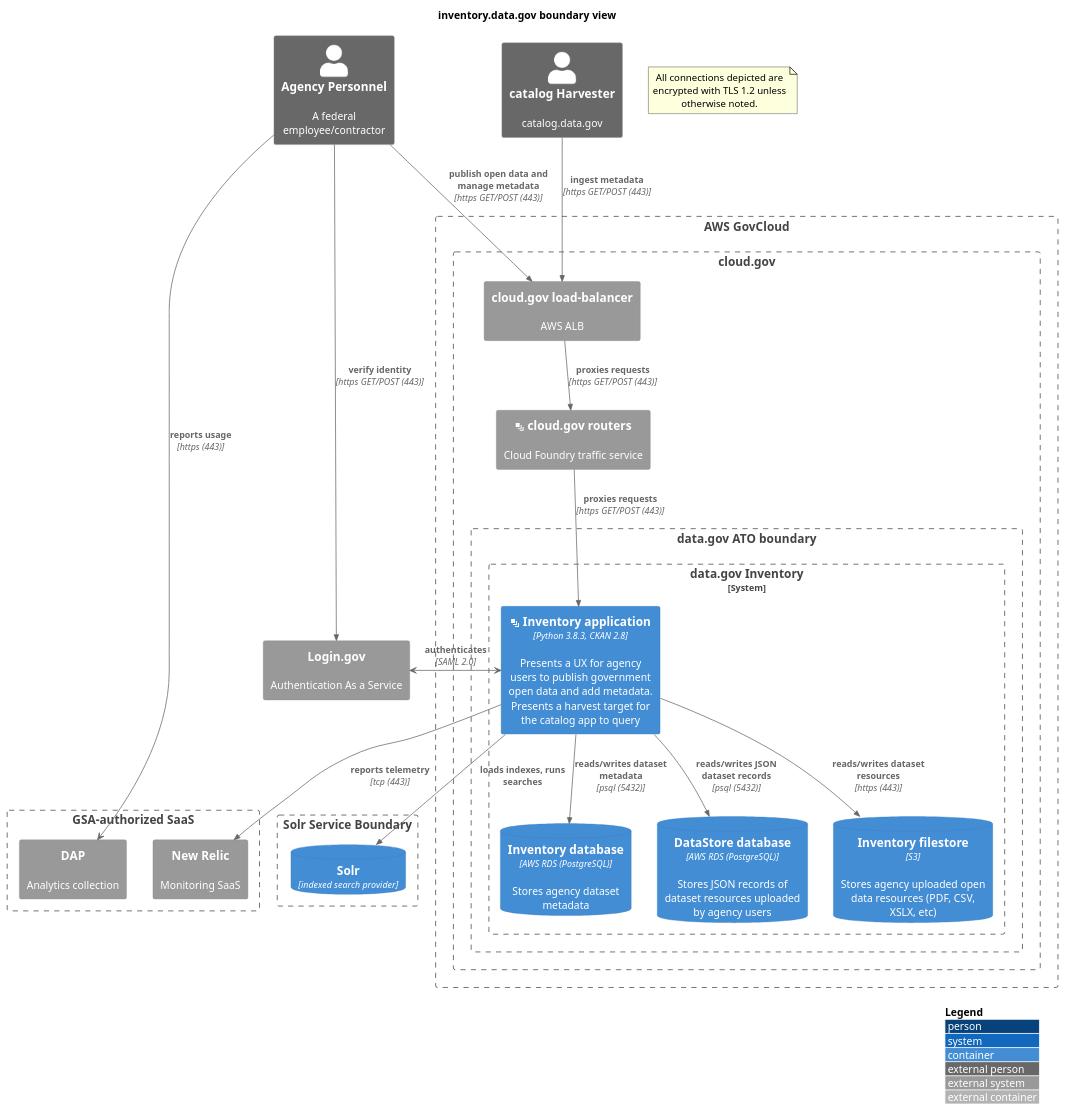
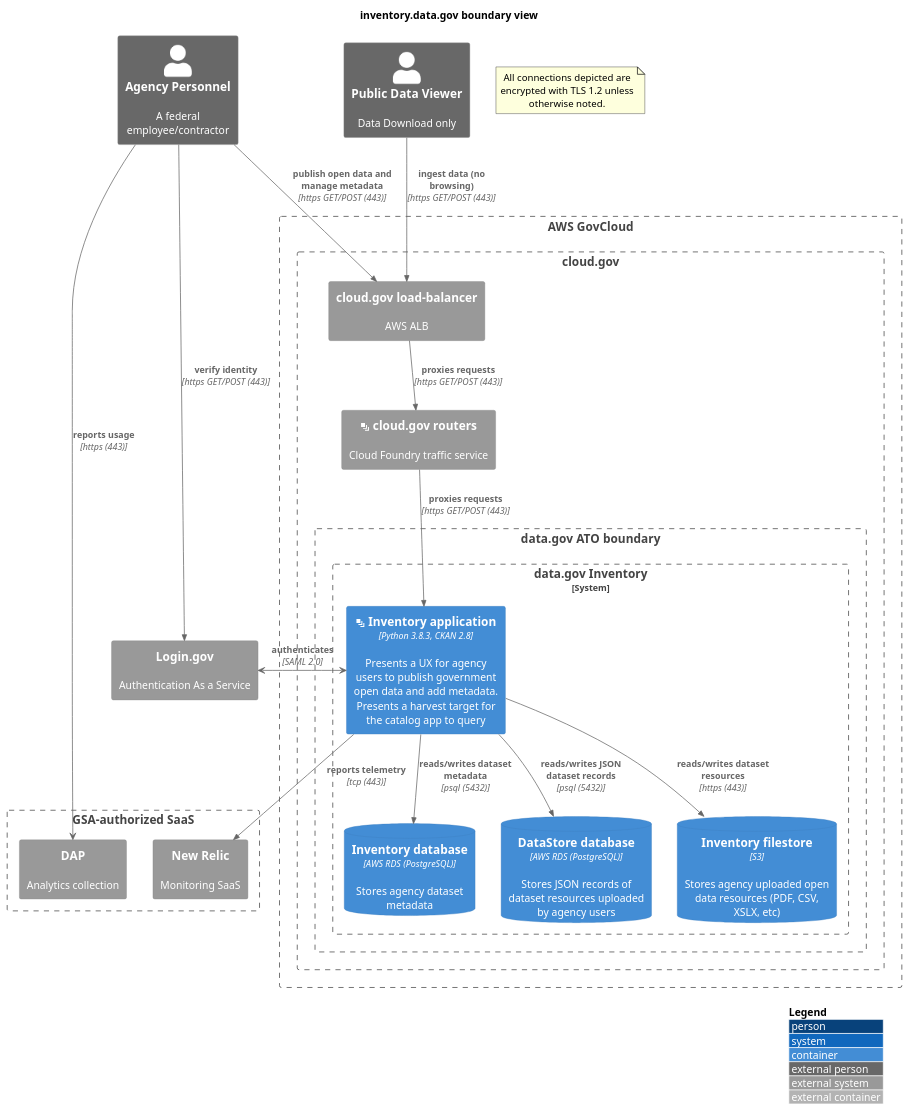
The diagram in apps/inventory.boundary.md (GSA/datagov-compliance), drawn with PlantUML before and after one commit. The commit also changed 3 other files, not shown here.

Commit message:
Update inventory; remove SOLR and clean references.

````diff
--- a/apps/inventory.boundary.md
+++ b/apps/inventory.boundary.md
@@ -3,49 +3,44 @@
 ```plantuml
-@startuml
 !include https://raw.githubusercontent.com/plantuml-stdlib/C4-PlantUML/master/C4_Container.puml
 ' uncomment the following line and comment the first to use locally
 ' !include C4_Container.puml
 LAYOUT_WITH_LEGEND()
 title inventory.data.gov boundary view
 Person_Ext(personnel, "Agency Personnel", "A federal employee/contractor")
-Person_Ext(harvester, "catalog Harvester", "catalog.data.gov")
+Person_Ext(public_user, "Public Data Viewer", "Data Download only")
 note as EncryptionNote
 All connections depicted are encrypted with TLS 1.2 unless otherwise noted.
 end note
 Boundary(aws, "AWS GovCloud") {
     Boundary(cloudgov, "cloud.gov") {
         System_Ext(aws_alb, "cloud.gov load-balancer", "AWS ALB")
         System_Ext(cloudgov_router, "<&layers> cloud.gov routers", "Cloud Foundry traffic service")
         Boundary(atob, "data.gov ATO boundary") {
             System_Boundary(inventory, "data.gov Inventory") {
                 Container(inventory_app, "<&layers> Inventory application", "Python 3.8.3, CKAN 2.8", "Presents a UX for agency users to publish government open data and add metadata. Presents a harvest target for the catalog app to query")
                 ContainerDb(inventory_db, "Inventory database", "AWS RDS (PostgreSQL)", "Stores agency dataset metadata")
                 ContainerDb(datastore_db, "DataStore database", "AWS RDS (PostgreSQL)", "Stores JSON records of dataset resources uploaded by agency users")
                 ContainerDb(inventory_s3, "Inventory filestore", "S3", "Stores agency uploaded open data resources (PDF, CSV, XSLX, etc)")
             }
         }
     }
 }
 System_Ext(Login.gov, "Login.gov", "Authentication As a Service")
 Boundary(gsa_saas, "GSA-authorized SaaS") {
     System_Ext(dap, "DAP", "Analytics collection")
     System_Ext(newrelic, "New Relic", "Monitoring SaaS")
 }
 personnel -> dap : **reports usage** \n//[https (443)]//
 Rel(inventory_app, newrelic, "reports telemetry", "tcp (443)")
 Rel(personnel, aws_alb, "publish open data and manage metadata", "https GET/POST (443)")
-Rel(harvester, aws_alb, "ingest metadata", "https GET/POST (443)")
+Rel(public_user, aws_alb, "ingest data (no browsing)", "https GET/POST (443)")
 Rel(aws_alb, cloudgov_router, "proxies requests", "https GET/POST (443)")
 Rel(cloudgov_router, inventory_app, "proxies requests", "https GET/POST (443)")
 inventory_app <-> Login.gov : **authenticates** \n//[SAML 2.0]//
 'Rel(inventory_app, Login.gov, "authenticates", "SAML 2.0")
 Rel(personnel, Login.gov, "verify identity", "https GET/POST (443)")
 Rel(inventory_app, inventory_db, "reads/writes dataset metadata", "psql (5432)")
 Rel(inventory_app, datastore_db, "reads/writes JSON dataset records", "psql (5432)")
 Rel(inventory_app, inventory_s3, "reads/writes dataset resources", "https (443)")
-Boundary(solrb, "Solr Service Boundary") {
-    ContainerDb(solr, "Solr", "indexed search provider")
-}
-Rel(inventory_app, solr, "loads indexes, runs searches")
 @enduml
 ```
````
